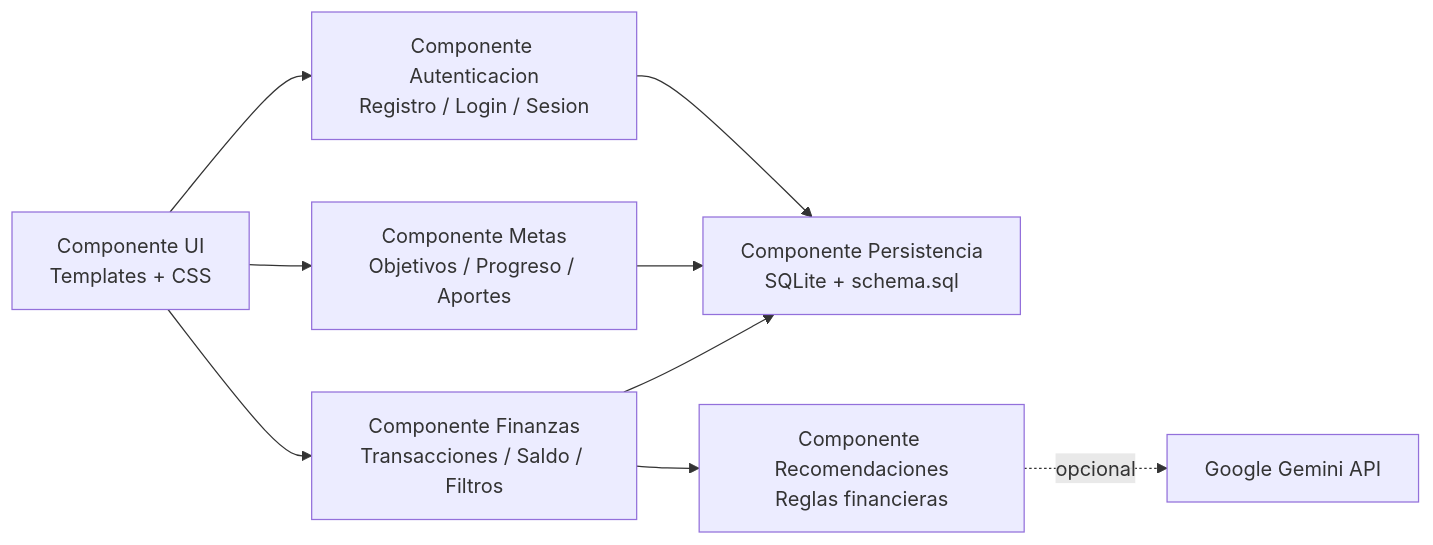
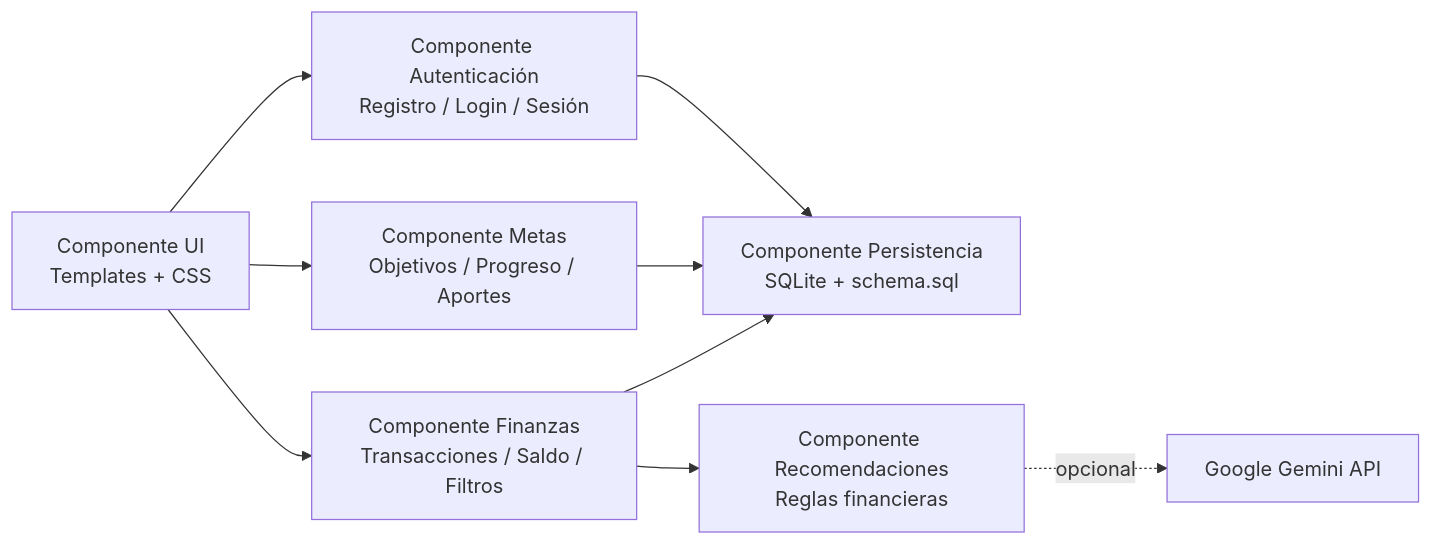
One commit to zrsebas/Project1_Los_four changed the second of 3 diagrams in WIKI_ENTREGA_2.md. Above: the diagram before and after it, drawn with Mermaid. The commit also changed other lines of this file, not shown here.

````diff
--- a/WIKI_ENTREGA_2.md
+++ b/WIKI_ENTREGA_2.md
@@ -28,11 +28,11 @@
 ```mermaid
 flowchart LR
-  UI["Componente UI\nTemplates + CSS"] --> AUTH["Componente Autenticacion\nRegistro / Login / Sesion"]
+  UI["Componente UI\nTemplates + CSS"] --> AUTH["Componente Autenticación\nRegistro / Login / Sesión"]
   UI --> FIN["Componente Finanzas\nTransacciones / Saldo / Filtros"]
   UI --> GOALS["Componente Metas\nObjetivos / Progreso / Aportes"]
   FIN --> DB["Componente Persistencia\nSQLite + schema.sql"]
   GOALS --> DB
   AUTH --> DB
   FIN --> REC["Componente Recomendaciones\nReglas financieras"]
   REC -. opcional .-> GEM["Google Gemini API"]
 ```
````
